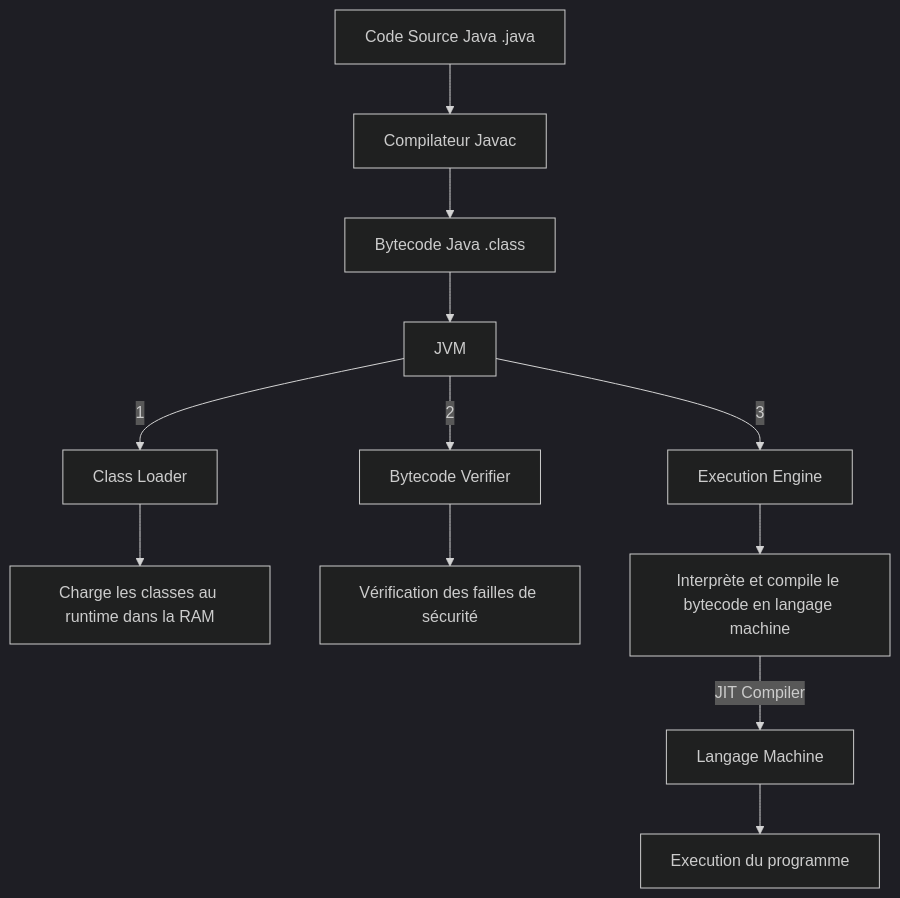
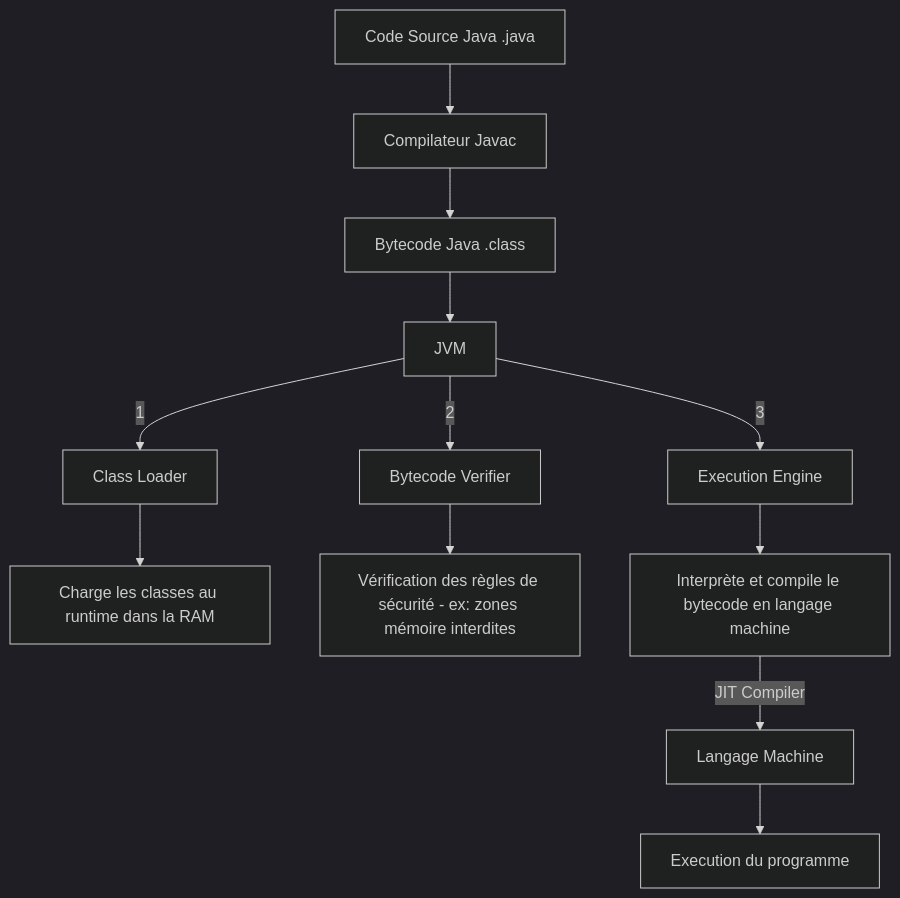
One commit to tanguybernard/computer-science-knowledge changed the second of 2 diagrams in lang_fwk/java_world/courses/JVM.md. Above: the diagram before and after it, drawn with Mermaid (dark theme).

````diff
--- a/lang_fwk/java_world/courses/JVM.md
+++ b/lang_fwk/java_world/courses/JVM.md
@@ -11,14 +11,14 @@
 ```mermaid
 flowchart TD
     A[Code Source Java .java] --> B[Compilateur Javac]
     B --> C[Bytecode Java .class]
     C --> D[JVM]
     D -->|1| E1[Class Loader]
     D -->|2| E2[Bytecode Verifier]
     D -->|3| E3[Execution Engine]
     E1 --> F1[Charge les classes au runtime dans la RAM]
-    E2 --> F2[Vérification des failles de sécurité]
+    E2 --> F2[Vérification des règles de sécurité - ex: zones mémoire interdites]
     E3 --> F3[Interprète et compile le bytecode en langage machine]
     F3 -->|JIT Compiler| G[Langage Machine]
     G --> H[Execution du programme]
 ```
````
